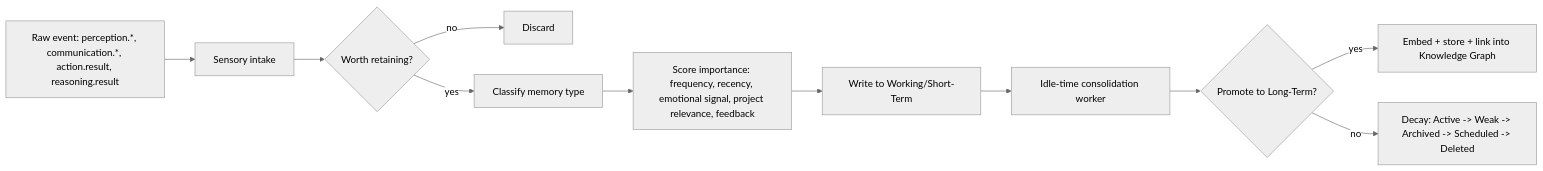
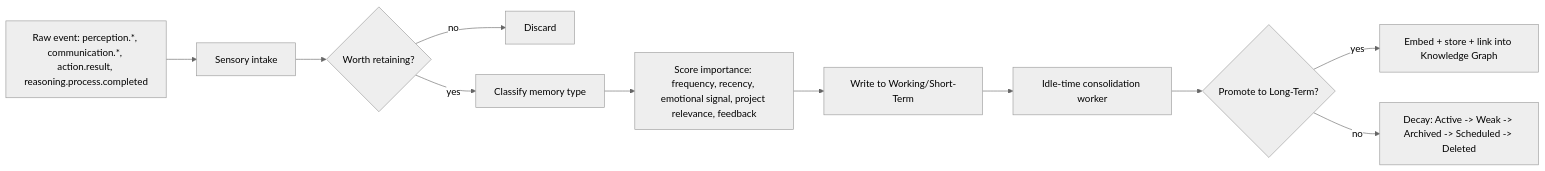
The diagram in docs/architecture/08-memory-architecture.md (Tudor191/NOVA-PROJECT-BIBLE), drawn with Mermaid (neutral theme) before and after one commit. The commit also changed 11 other files, not shown here.

````diff
--- a/docs/architecture/08-memory-architecture.md
+++ b/docs/architecture/08-memory-architecture.md
@@ -37,13 +37,13 @@
 ```mermaid
 flowchart LR
-    A[Raw event: perception.*, communication.*, action.result, reasoning.result] --> B[Sensory intake]
+    A[Raw event: perception.*, communication.*, action.result, reasoning.process.completed] --> B[Sensory intake]
     B --> C{Worth retaining?}
     C -- no --> D[Discard]
     C -- yes --> E[Classify memory type]
     E --> F[Score importance: frequency, recency, emotional signal, project relevance, feedback]
     F --> G[Write to Working/Short-Term]
     G --> H[Idle-time consolidation worker]
     H --> I{Promote to Long-Term?}
     I -- yes --> J[Embed + store + link into Knowledge Graph]
     I -- no --> K[Decay: Active -> Weak -> Archived -> Scheduled -> Deleted]
 ```
````
